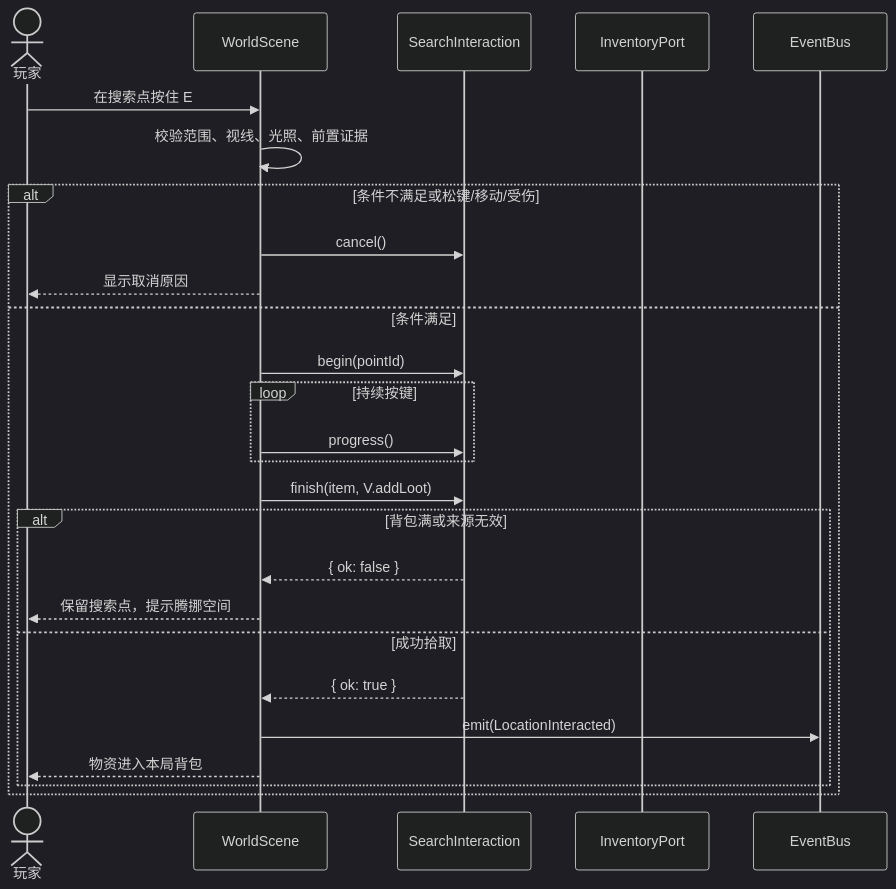
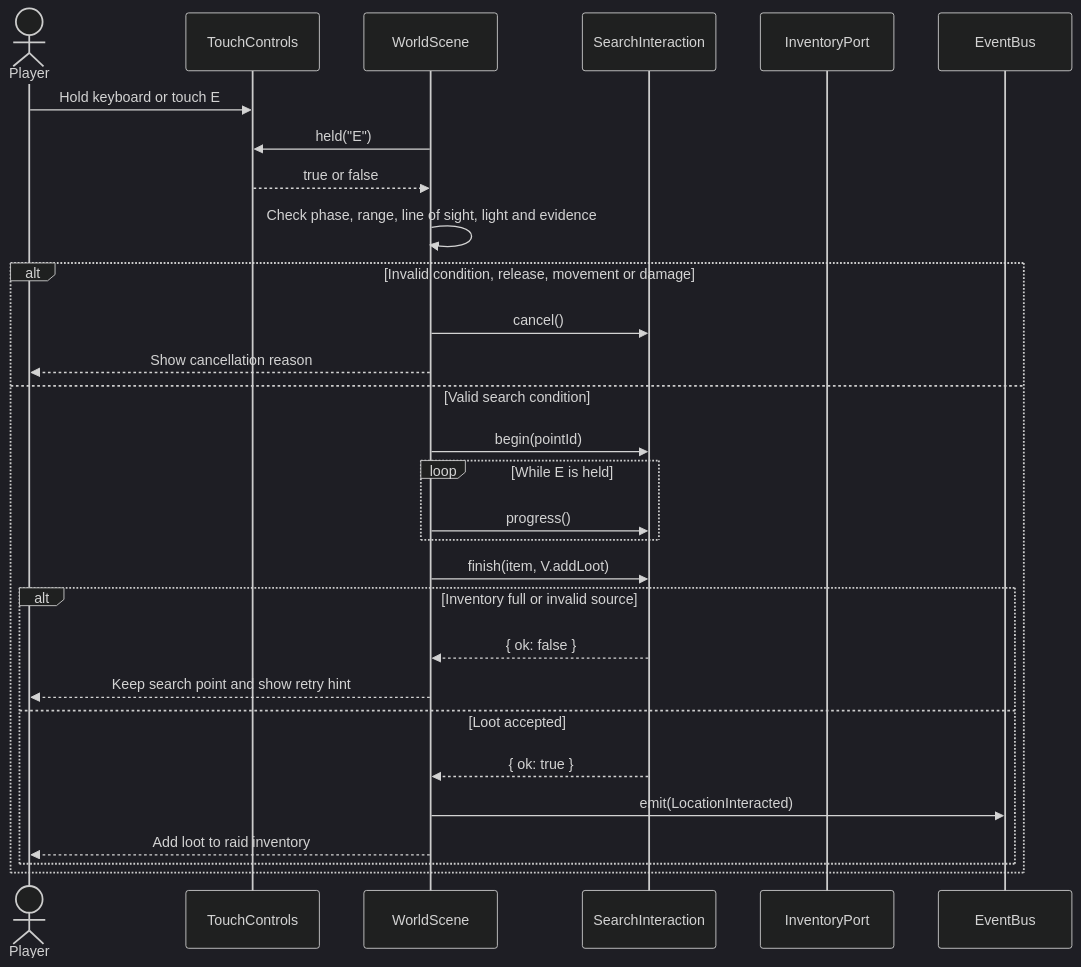
The diagram in docs/diagrams/e-f1-search-sequence.mmd (sunchao213/bjtu_treasure_hunt), drawn with Mermaid (dark theme) before and after one commit. The commit also changed 14 other files, not shown here.

```diff
--- a/docs/diagrams/e-f1-search-sequence.mmd
+++ b/docs/diagrams/e-f1-search-sequence.mmd
@@ -1,26 +1,29 @@
 sequenceDiagram
-  actor P as 玩家
+  actor P as Player
+  participant T as TouchControls
   participant S as WorldScene
   participant I as SearchInteraction
   participant V as InventoryPort
   participant E as EventBus
-  P->>S: 在搜索点按住 E
-  S->>S: 校验范围、视线、光照、前置证据
-  alt 条件不满足或松键/移动/受伤
+  P->>T: Hold keyboard or touch E
+  S->>T: held("E")
+  T-->>S: true or false
+  S->>S: Check phase, range, line of sight, light and evidence
+  alt Invalid condition, release, movement or damage
     S->>I: cancel()
-    S-->>P: 显示取消原因
-  else 条件满足
+    S-->>P: Show cancellation reason
+  else Valid search condition
     S->>I: begin(pointId)
-    loop 持续按键
+    loop While E is held
       S->>I: progress()
     end
     S->>I: finish(item, V.addLoot)
-    alt 背包满或来源无效
+    alt Inventory full or invalid source
       I-->>S: { ok: false }
-      S-->>P: 保留搜索点，提示腾挪空间
-    else 成功拾取
+      S-->>P: Keep search point and show retry hint
+    else Loot accepted
       I-->>S: { ok: true }
       S->>E: emit(LocationInteracted)
-      S-->>P: 物资进入本局背包
+      S-->>P: Add loot to raid inventory
     end
   end
```
